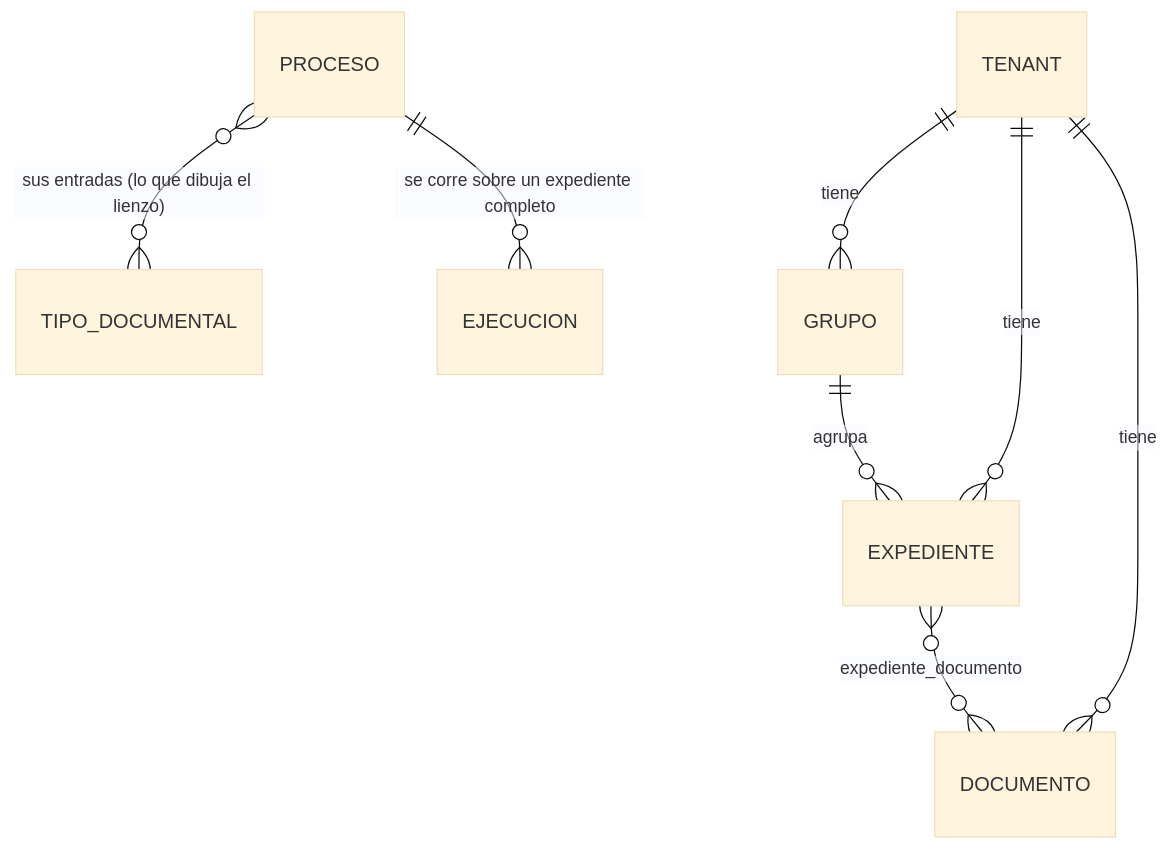
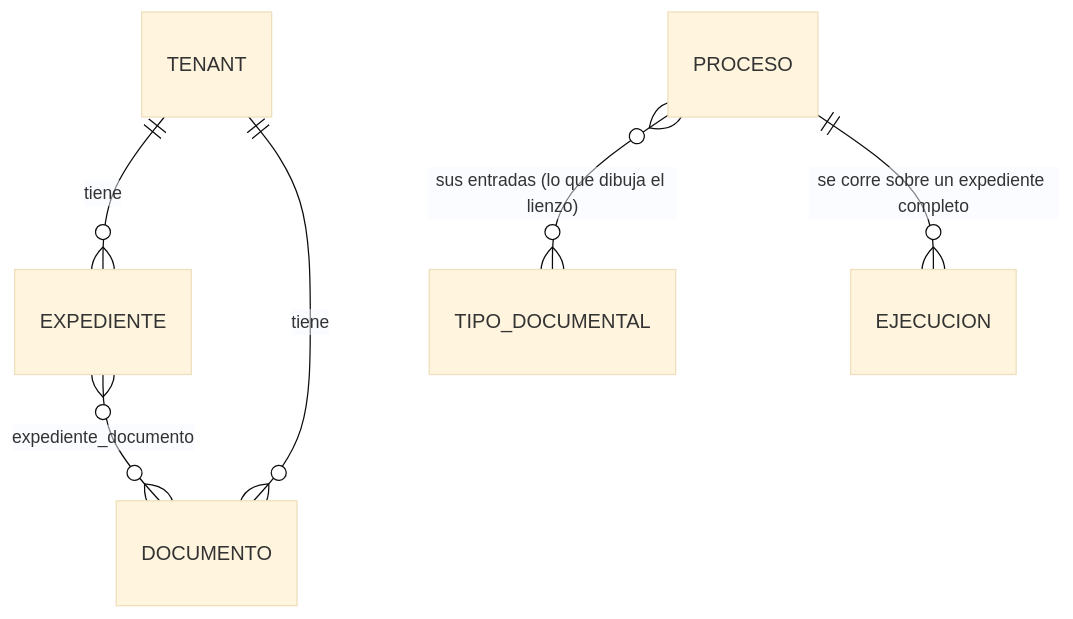
One commit to Moibe/nexus_back changed the diagram in docs/modelo-entidades.md. Above: the diagram before and after it, drawn with Mermaid (base theme). The commit also changed other lines of this file and 19 other files, not shown here.

````diff
--- a/docs/modelo-entidades.md
+++ b/docs/modelo-entidades.md
@@ -71,10 +75,8 @@
 ```mermaid
 erDiagram
-    TENANT ||--o{ GRUPO : tiene
     TENANT ||--o{ EXPEDIENTE : tiene
     TENANT ||--o{ DOCUMENTO : tiene
-    GRUPO ||--o{ EXPEDIENTE : agrupa
     EXPEDIENTE }o--o{ DOCUMENTO : "expediente_documento"
     PROCESO }o--o{ TIPO_DOCUMENTAL : "sus entradas (lo que dibuja el lienzo)"
     PROCESO ||--o{ EJECUCION : "se corre sobre un expediente completo"
 ```
````
